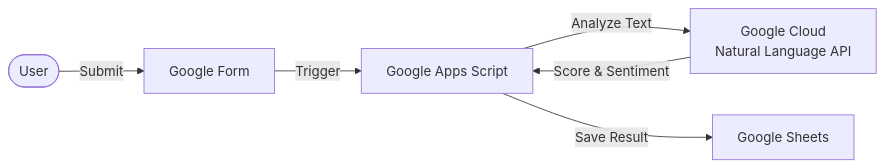
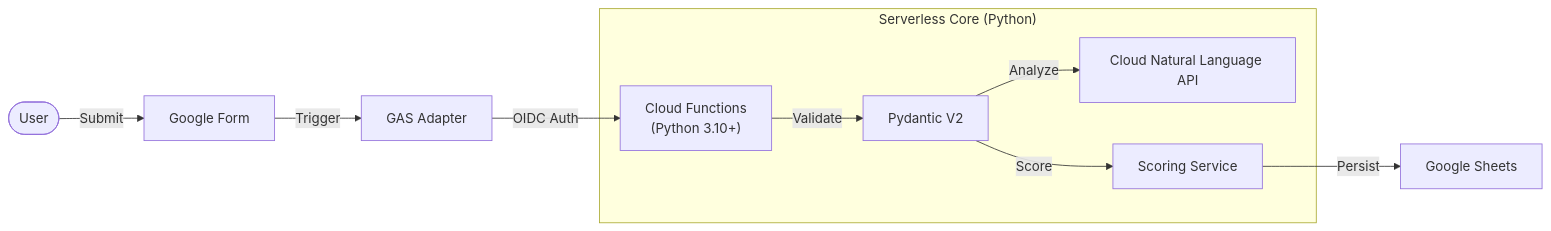
Before and after one commit to SN1223221-HR/GAS-form-sentiment-analysis: the diagram in README.md, drawn with Mermaid. The commit also changed other lines of this file, not shown here.

````diff
--- a/README.md
+++ b/README.md
@@ -12,8 +16,14 @@
 ```mermaid
 graph LR
     User([User]) -->|Submit| Form[Google Form]
-    Form -->|Trigger| GAS[Google Apps Script]
-    GAS -->|Analyze Text| NLP[Google Cloud<br>Natural Language API]
-    NLP -->|Score & Sentiment| GAS
-    GAS -->|Save Result| Sheet[Google Sheets]
+    Form -->|Trigger| GAS[GAS Adapter]
+    GAS -- OIDC Auth --> CF["Cloud Functions<br>(Python 3.10+)"]
+    
+    subgraph "Serverless Core (Python)"
+        CF -->|Validate| Pydantic[Pydantic V2]
+        Pydantic -->|Analyze| NLP[Cloud Natural Language API]
+        Pydantic -->|Score| Logic[Scoring Service]
+    end
+    
+    Logic -->|Persist| Sheet[Google Sheets]
 ```
````
